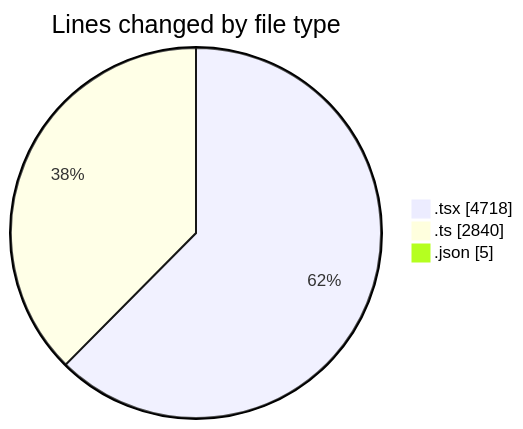
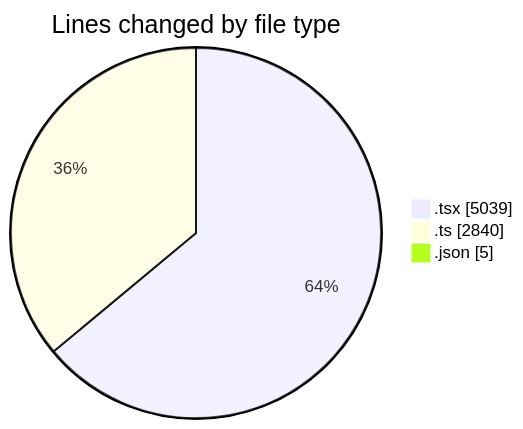
One commit to julien-gomy/code-tracking changed the first of 2 diagrams in 2025-11-23/eventscop-frontend-guide__workspace_/README.md. Above: the diagram before and after it, drawn with Mermaid. The commit also changed other lines of this file and 1 other file, not shown here.

````diff
--- a/2025-11-23/eventscop-frontend-guide__workspace_/README.md
+++ b/2025-11-23/eventscop-frontend-guide__workspace_/README.md
@@ -71,7 +75,7 @@
 ```mermaid
 pie showData
 title Lines changed by file type
-".tsx" : 4718
+".tsx" : 5039
 ".ts" : 2840
 ".json" : 5
 ```
````
